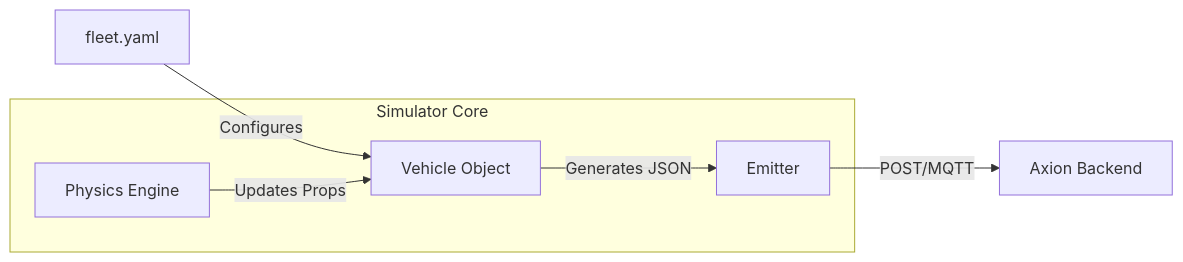
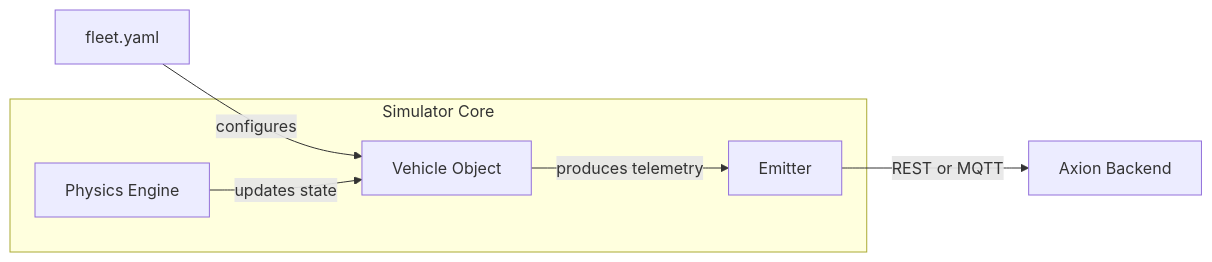
Before and after one commit to Animesh-86/Axion-EV-Fleet-Management-Minor-Project: the diagram in Viva_Prep/04_Fleet_Simulator.md, drawn with Mermaid. The commit also changed other lines of this file and 2834 other files, not shown here.

````diff
--- a/Viva_Prep/04_Fleet_Simulator.md
+++ b/Viva_Prep/04_Fleet_Simulator.md
@@ -40,13 +110,13 @@
 ```mermaid
 graph LR
     subgraph "Simulator Core"
         V[Vehicle Object]
         S[Physics Engine]
         E[Emitter]
     end
 
-    YAML[fleet.yaml] -- Configures --> V
-    S -- Updates Props --> V
-    V -- Generates JSON --> E
-    E -- POST/MQTT --> Backend[Axion Backend]
+    YAML[fleet.yaml] -- configures --> V
+    S -- updates state --> V
+    V -- produces telemetry --> E
+    E -- REST or MQTT --> Backend[Axion Backend]
 ```
````
